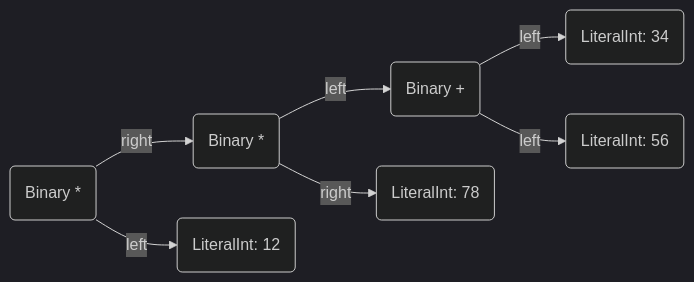
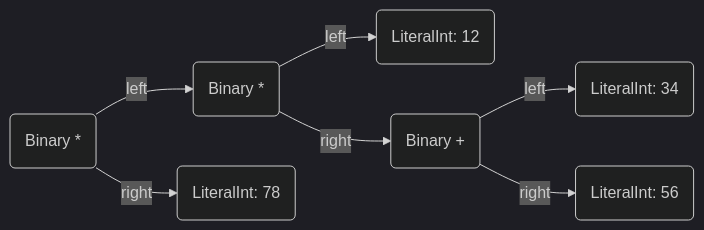
Before and after one commit to untoldwind/tech-talk-create-language: the second of 5 diagrams in slides/syntax-tree.md, drawn with Mermaid (dark theme). The commit also changed other lines of this file and 2 other files, not shown here.

```diff
--- a/slides/syntax-tree.md
+++ b/slides/syntax-tree.md
@@ -85,16 +75,16 @@
 <div class="mermaid">
 flowchart LR;
     Root(Binary *);
     Mult1(Binary *);
+    Lit12(LiteralInt: 12);
     Add1(Binary +);
-    Lit12(LiteralInt: 12);
     Lit34(LiteralInt: 34);
     Lit56(LiteralInt: 56);
     Lit78(LiteralInt: 78);
-    Root-- left --> Lit12;
-    Root-- right --> Mult1;
-    Mult1-- left --> Add1;
+    Root-- left --> Mult1;
+    Root-- right --> Lit78;
+    Mult1-- left --> Lit12;
+    Mult1-- right --> Add1;
     Add1-- left --> Lit34;
-    Add1-- left --> Lit56;
-    Mult1-- right --> Lit78;
+    Add1-- right --> Lit56;
 </div>
```
